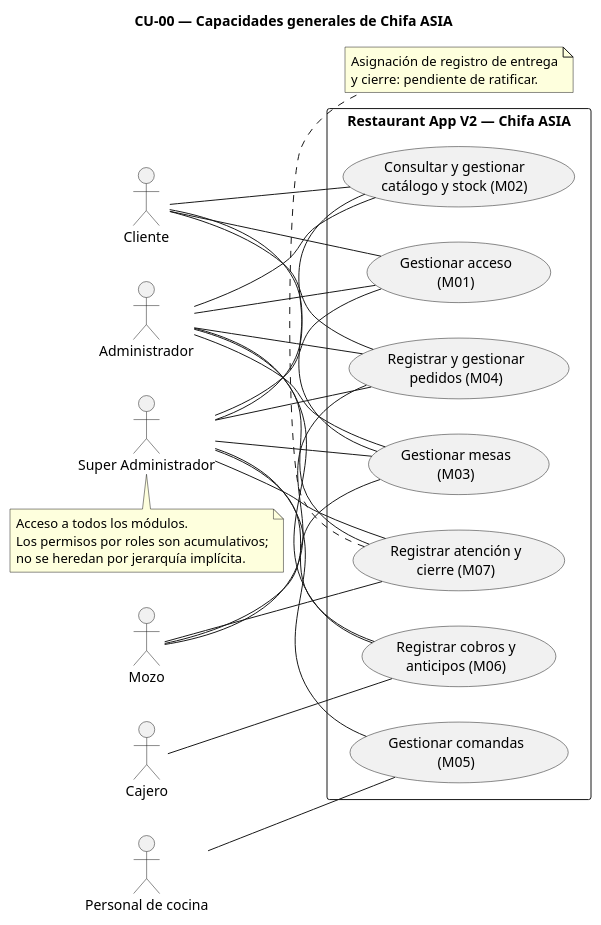
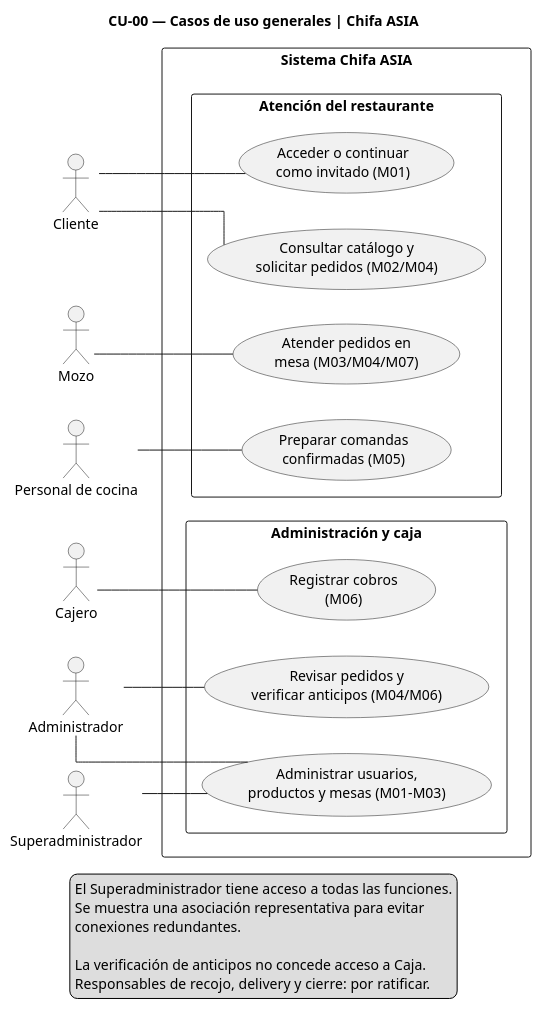
The diagram in docs/etapas/diagramas/etapa-04/etapa-04-cu-general.puml (HeizenGP/restaurant-app-frontend-v2), drawn with PlantUML before and after one commit. The commit also changed other lines of this file, not shown here.

Commit message:
Corrección del cu-general

```diff
--- a/docs/etapas/diagramas/etapa-04/etapa-04-cu-general.puml
+++ b/docs/etapas/diagramas/etapa-04/etapa-04-cu-general.puml
@@ -1,51 +2,54 @@
 @startuml
+title CU-00 — Casos de uso generales | Chifa ASIA
+
 left to right direction
-title CU-00 — Capacidades generales de Chifa ASIA
 skinparam shadowing false
-actor "Cliente" as Cliente
-actor "Mozo" as Mozo
-actor "Cajero" as Cajero
-actor "Administrador" as Admin
-actor "Personal de cocina" as Cocina
-actor "Super Administrador" as Super
-rectangle "Restaurant App V2 — Chifa ASIA" {
-  usecase "Gestionar acceso\n(M01)" as M01
-  usecase "Consultar y gestionar\ncatálogo y stock (M02)" as M02
-  usecase "Gestionar mesas\n(M03)" as M03
-  usecase "Registrar y gestionar\npedidos (M04)" as M04
-  usecase "Gestionar comandas\n(M05)" as M05
-  usecase "Registrar cobros y\nanticipos (M06)" as M06
-  usecase "Registrar atención y\ncierre (M07)" as M07
+skinparam linetype ortho
+skinparam packageStyle rectangle
+
+actor Cliente as C
+actor Mozo as M
+actor "Personal de cocina" as K
+actor Cajero as J
+actor Administrador as A
+actor "Superadministrador" as S
+
+rectangle "Sistema Chifa ASIA" {
+
+  package "Atención del restaurante" {
+    usecase "Acceder o continuar\ncomo invitado (M01)" as UC1
+    usecase "Consultar catálogo y\nsolicitar pedidos (M02/M04)" as UC2
+    usecase "Atender pedidos en\nmesa (M03/M04/M07)" as UC3
+    usecase "Preparar comandas\nconfirmadas (M05)" as UC4
+  }
+
+  package "Administración y caja" {
+    usecase "Administrar usuarios,\nproductos y mesas (M01-M03)" as UC5
+    usecase "Revisar pedidos y\nverificar anticipos (M04/M06)" as UC6
+    usecase "Registrar cobros\n(M06)" as UC7
+  }
 }
-Cliente -- M01
-Cliente -- M02
-Cliente -- M03
-Cliente -- M04
-Mozo -- M03
-Mozo -- M04
-Mozo -- M07
-Cajero -- M06
-Admin -- M01
-Admin -- M02
-Admin -- M03
-Admin -- M04
-Admin -- M06
-Cocina -- M05
-Admin -- M07
-Super -- M01
-Super -- M02
-Super -- M03
-Super -- M04
-Super -- M05
-Super -- M06
-Super -- M07
-note bottom of Super
-  Acceso a todos los módulos.
-  Los permisos por roles son acumulativos;
-  no se heredan por jerarquía implícita.
-end note
-note bottom of M07
-  Asignación de registro de entrega
-  y cierre: pendiente de ratificar.
-end note
+
+C -- UC1
+C -- UC2
+
+M -- UC3
+K -- UC4
+
+A -- UC5
+A -- UC6
+
+J -- UC7
+
+S -- UC5
+
+legend bottom
+  El Superadministrador tiene acceso a todas las funciones.
+  Se muestra una asociación representativa para evitar
+  conexiones redundantes.
+
+  La verificación de anticipos no concede acceso a Caja.
+  Responsables de recojo, delivery y cierre: por ratificar.
+endlegend
+
 @enduml
```
